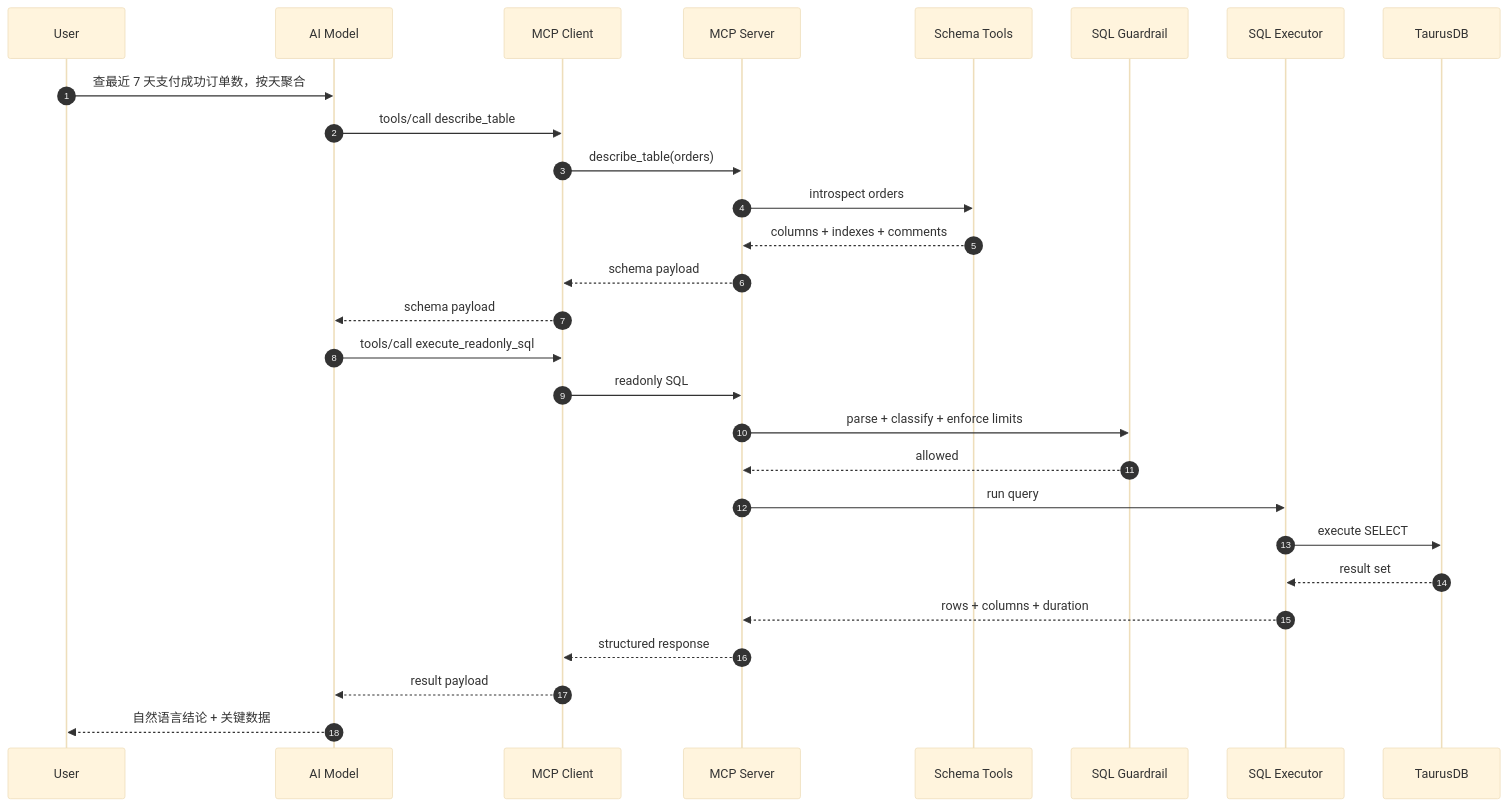
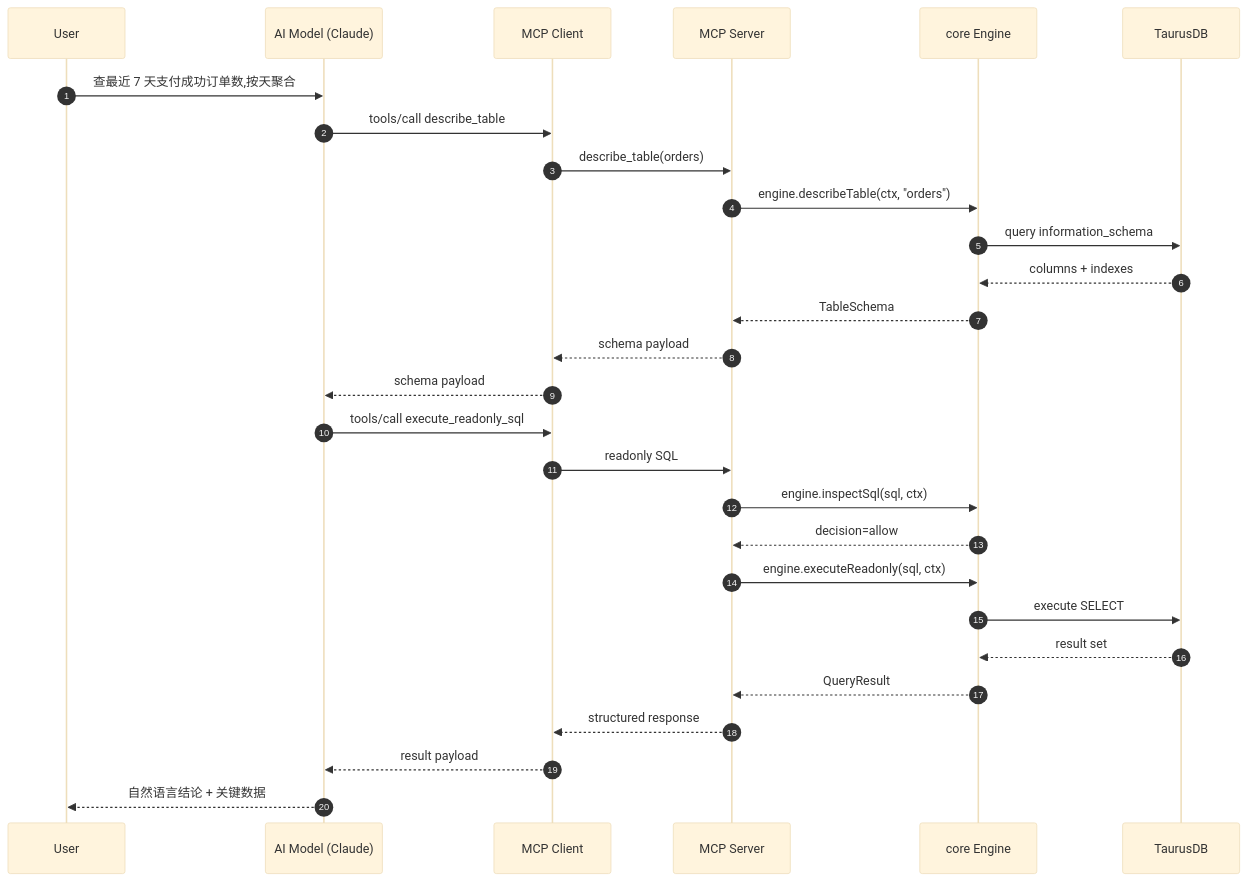
One commit to youweichen0208/taurus-mcp-server changed the second of 5 diagrams in docs/architecture.md. Above: the diagram before and after it, drawn with Mermaid (base theme). The commit also changed other lines of this file and 140 other files, not shown here.

````diff
--- a/docs/architecture.md
+++ b/docs/architecture.md
@@ -126,31 +209,31 @@
 ```mermaid
 sequenceDiagram
   autonumber
   participant U as User
-  participant AI as AI Model
+  participant AI as AI Model (Claude)
   participant MC as MCP Client
   participant MS as MCP Server
-  participant SCH as Schema Tools
-  participant SAFE as SQL Guardrail
-  participant EXEC as SQL Executor
+  participant CORE as core Engine
   participant DB as TaurusDB
 
-  U->>AI: 查最近 7 天支付成功订单数，按天聚合
+  U->>AI: 查最近 7 天支付成功订单数,按天聚合
   AI->>MC: tools/call describe_table
   MC->>MS: describe_table(orders)
-  MS->>SCH: introspect orders
-  SCH-->>MS: columns + indexes + comments
+  MS->>CORE: engine.describeTable(ctx, "orders")
+  CORE->>DB: query information_schema
+  DB-->>CORE: columns + indexes
+  CORE-->>MS: TableSchema
   MS-->>MC: schema payload
   MC-->>AI: schema payload
   AI->>MC: tools/call execute_readonly_sql
   MC->>MS: readonly SQL
-  MS->>SAFE: parse + classify + enforce limits
-  SAFE-->>MS: allowed
-  MS->>EXEC: run query
-  EXEC->>DB: execute SELECT
-  DB-->>EXEC: result set
-  EXEC-->>MS: rows + columns + duration
+  MS->>CORE: engine.inspectSql(sql, ctx)
+  CORE-->>MS: decision=allow
+  MS->>CORE: engine.executeReadonly(sql, ctx)
+  CORE->>DB: execute SELECT
+  DB-->>CORE: result set
+  CORE-->>MS: QueryResult
   MS-->>MC: structured response
   MC-->>AI: result payload
   AI-->>U: 自然语言结论 + 关键数据
 ```
````
